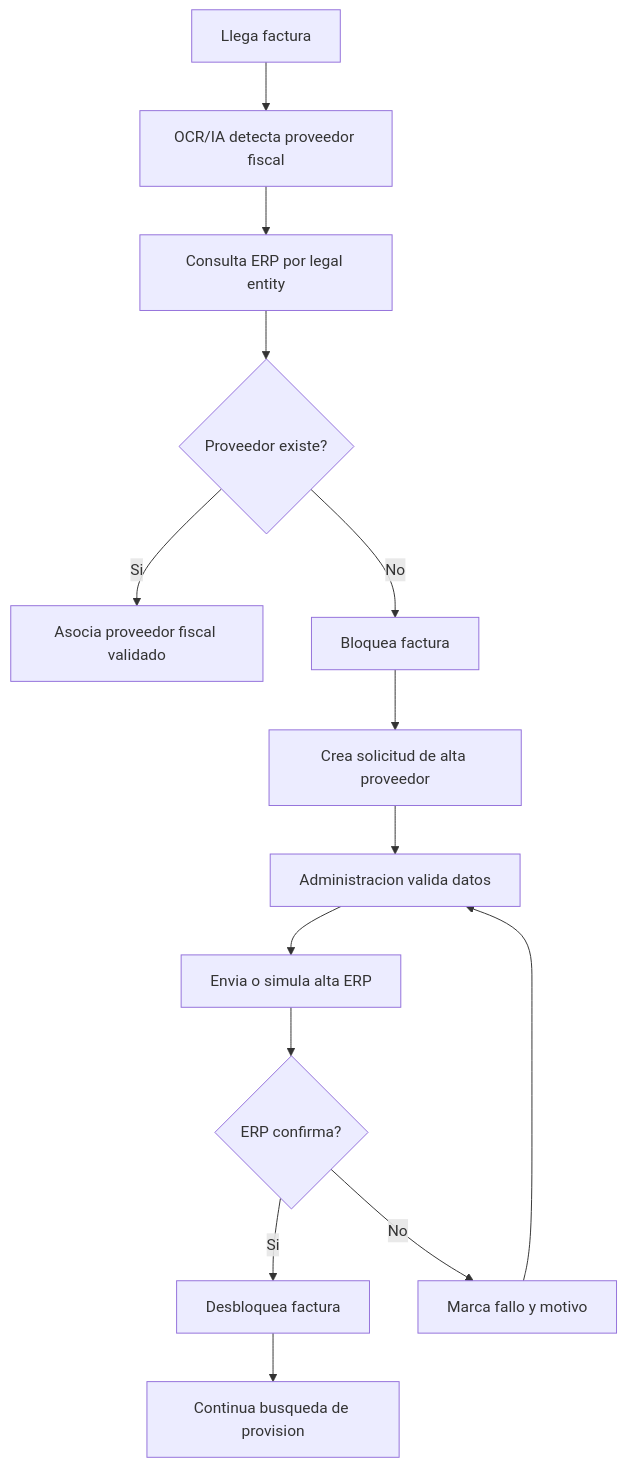
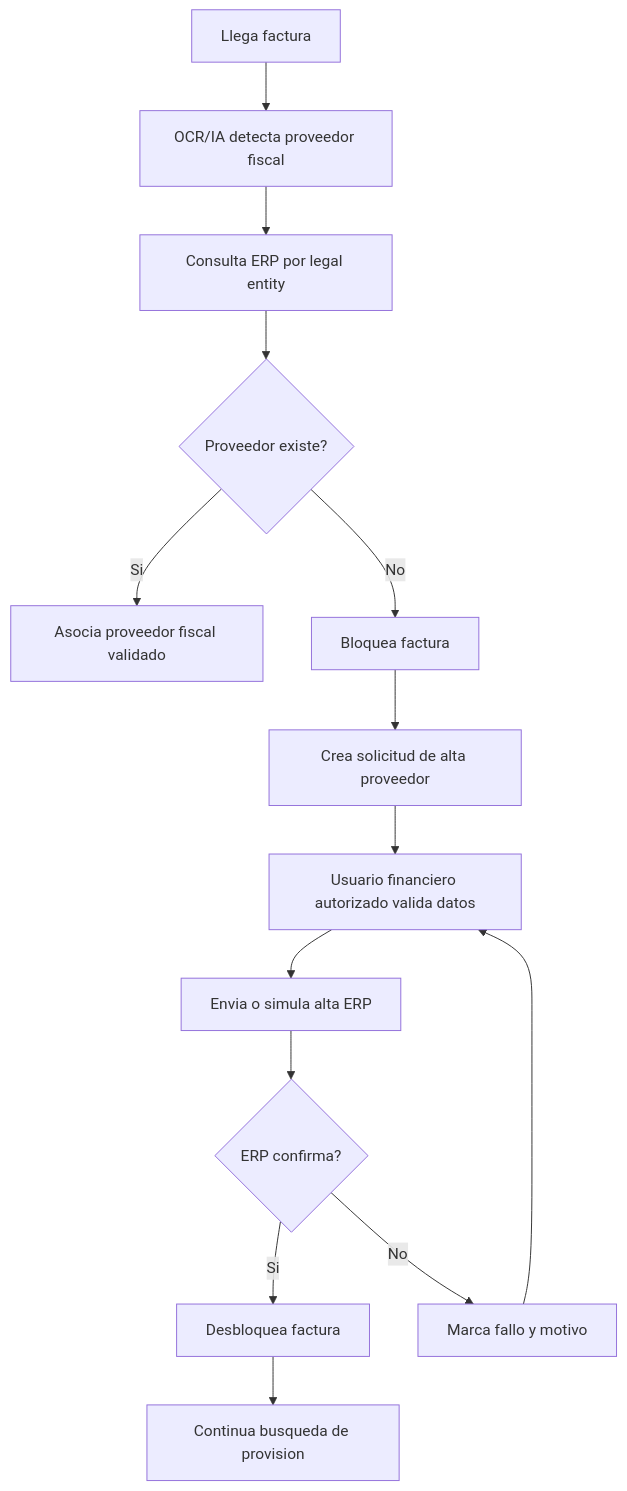
One commit to easydev9/ProvCore changed the seventh of 14 diagrams in docs/diagramas_flujo.md. Above: the diagram before and after it, drawn with Mermaid. The commit also changed other lines of this file and 20 other files, not shown here.

````diff
--- a/docs/diagramas_flujo.md
+++ b/docs/diagramas_flujo.md
@@ -133,16 +133,16 @@
 ```mermaid
 flowchart TD
     A[Llega factura] --> B[OCR/IA detecta proveedor fiscal]
     B --> C[Consulta ERP por legal entity]
     C --> D{Proveedor existe?}
     D -- Si --> E[Asocia proveedor fiscal validado]
     D -- No --> F[Bloquea factura]
     F --> G[Crea solicitud de alta proveedor]
-    G --> H[Administracion valida datos]
+    G --> H[Usuario financiero autorizado valida datos]
     H --> I[Envia o simula alta ERP]
     I --> J{ERP confirma?}
     J -- Si --> K[Desbloquea factura]
     J -- No --> L[Marca fallo y motivo]
     K --> M[Continua busqueda de provision]
     L --> H
 ```
````
